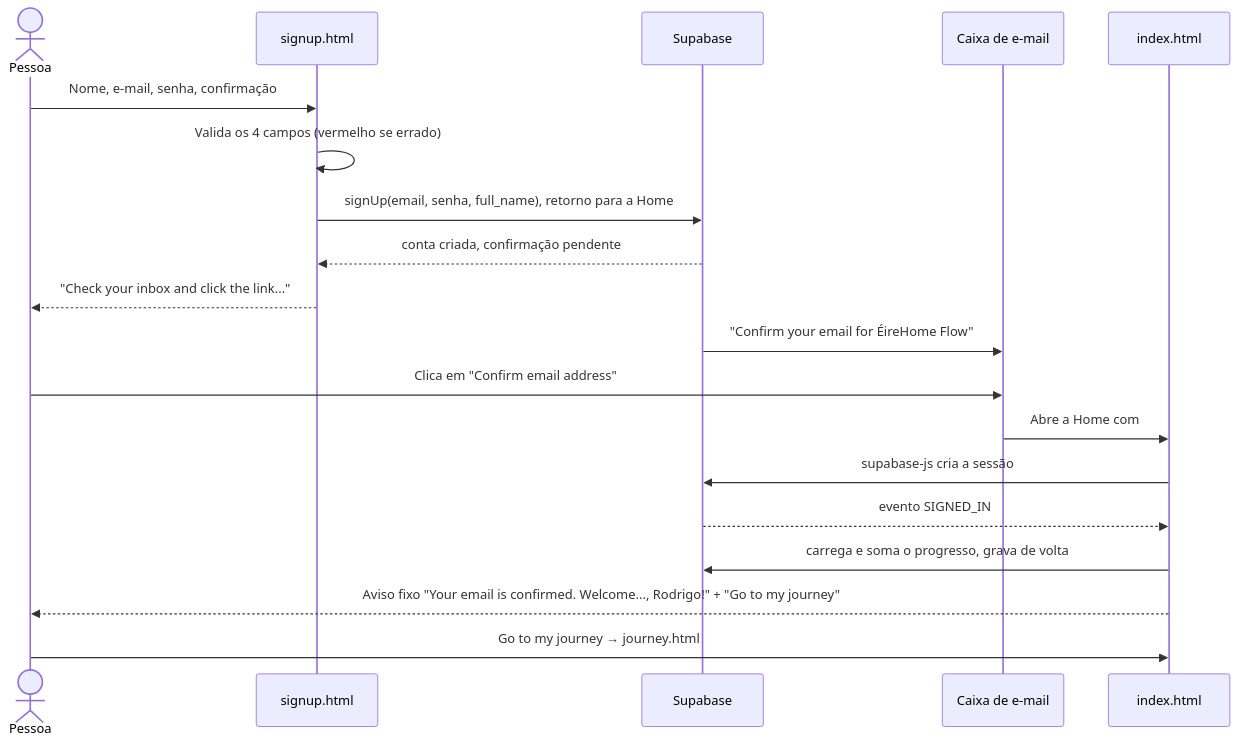
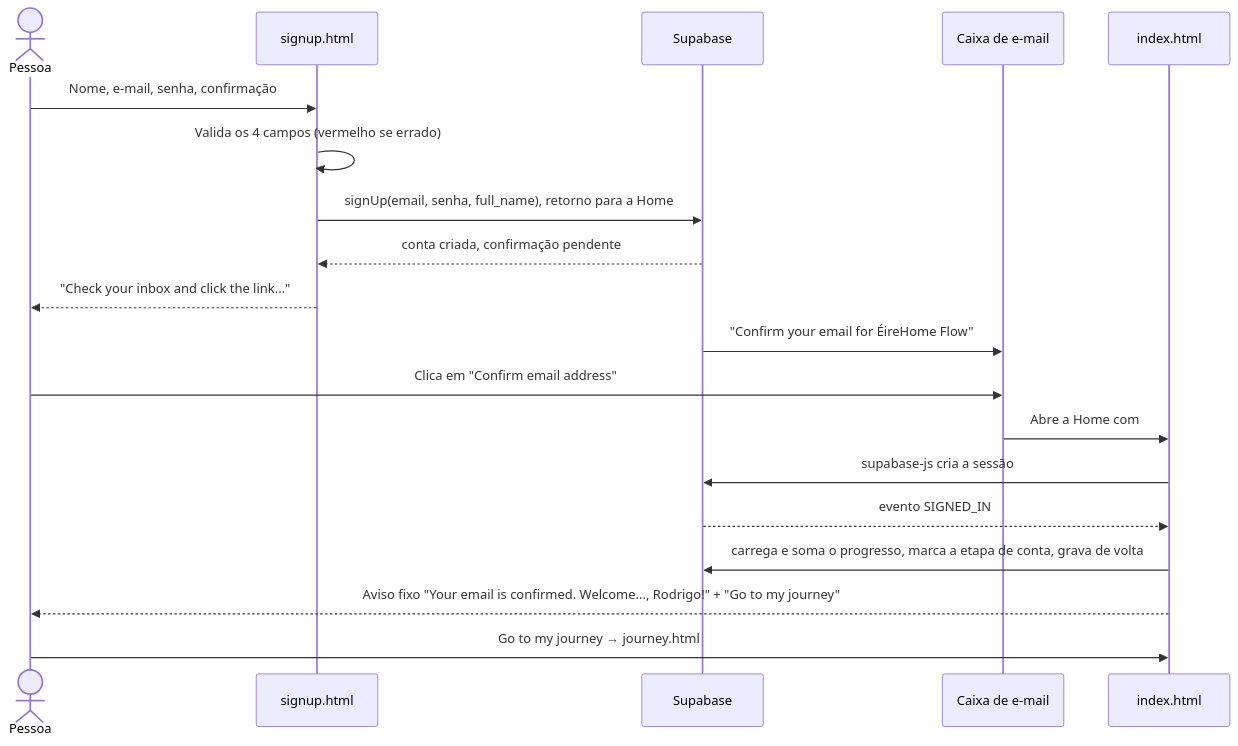
Before and after one commit to CodeByBrigido/EireHomeFlow: the third of 4 diagrams in specs/04-App-Flow.md, drawn with Mermaid. The commit also changed other lines of this file and 24 other files, not shown here.

````diff
--- a/specs/04-App-Flow.md
+++ b/specs/04-App-Flow.md
@@ -69,21 +73,21 @@
 ```mermaid
 sequenceDiagram
   actor P as Pessoa
   participant SU as signup.html
   participant SB as Supabase
   participant M as Caixa de e-mail
   participant H as index.html
   P->>SU: Nome, e-mail, senha, confirmação
   SU->>SU: Valida os 4 campos (vermelho se errado)
   SU->>SB: signUp(email, senha, full_name), retorno para a Home
   SB-->>SU: conta criada, confirmação pendente
   SU-->>P: "Check your inbox and click the link..."
   SB->>M: "Confirm your email for ÉireHome Flow"
   P->>M: Clica em "Confirm email address"
   M->>H: Abre a Home com #access_token...&type=signup
   H->>SB: supabase-js cria a sessão
   SB-->>H: evento SIGNED_IN
-  H->>SB: carrega e soma o progresso, grava de volta
+  H->>SB: carrega e soma o progresso, marca a etapa de conta, grava de volta
   H-->>P: Aviso fixo "Your email is confirmed. Welcome..., Rodrigo!" + "Go to my journey"
   P->>H: Go to my journey → journey.html#step-preparation-5
 ```
````
